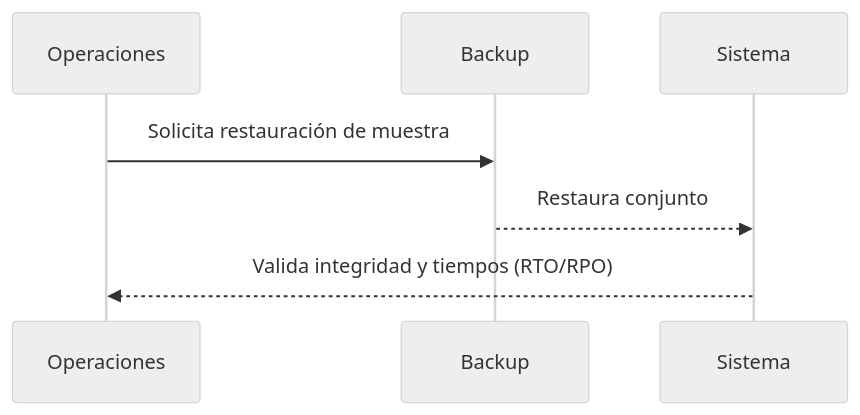
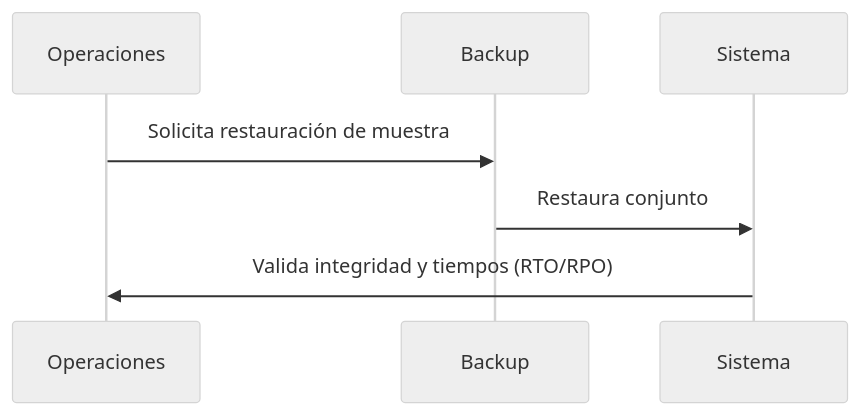
One commit to LorenaLResusta/Digitalizacion changed diagram 24 of 40 in README.md. Above: the diagram before and after it, drawn with Mermaid (neutral theme). The commit also changed other lines of this file, not shown here.

````diff
--- a/README.md
+++ b/README.md
@@ -771,9 +771,9 @@
 ```mermaid
 sequenceDiagram
   participant Op as Operaciones
   participant B as Backup
   participant Sys as Sistema
   Op->>B: Solicita restauración de muestra
-  B-->>Sys: Restaura conjunto
-  Sys-->>Op: Valida integridad y tiempos (RTO/RPO)
+  B->>Sys: Restaura conjunto
+  Sys->>Op: Valida integridad y tiempos (RTO/RPO)
 ```
````
